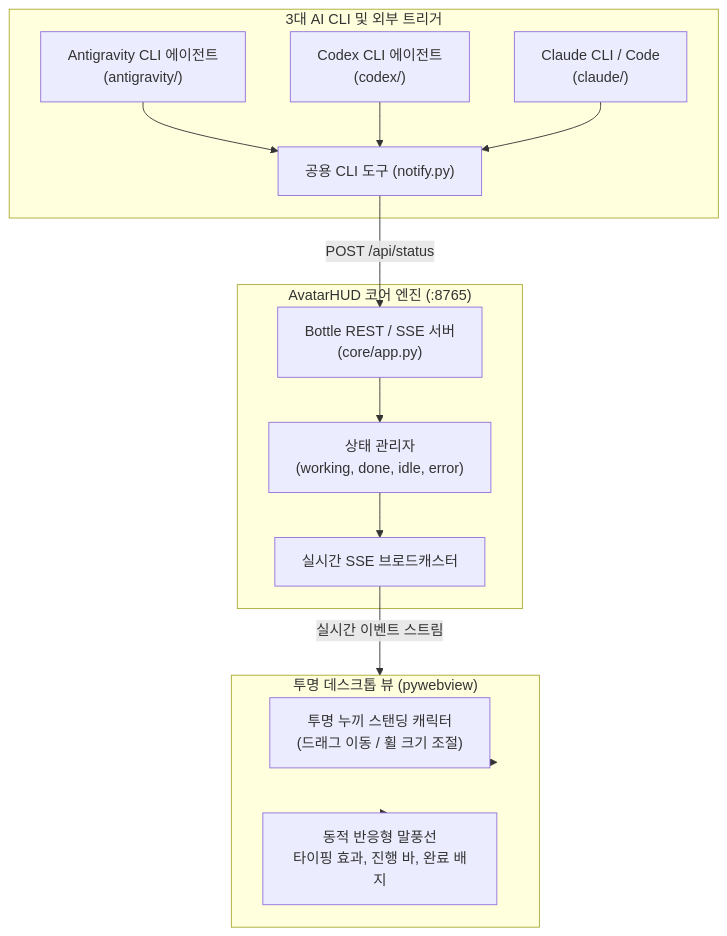
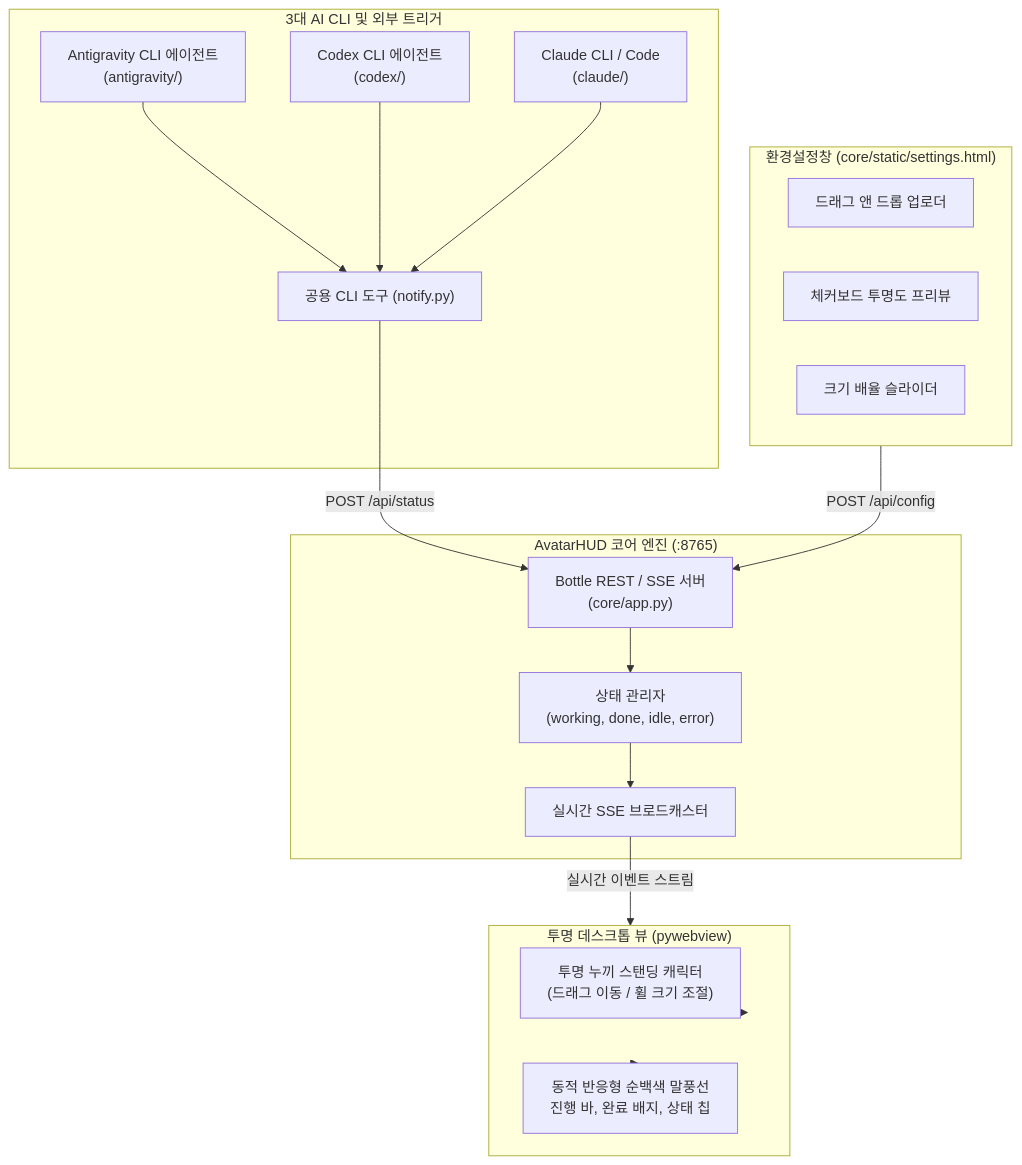
One commit to dotori-007/avatar_hud changed the diagram in README.md. Above: the diagram before and after it, drawn with Mermaid. The commit also changed other lines of this file, not shown here.

Commit message:
Update README with final architecture, clean UI standards, and complete CLI integration guides

````diff
--- a/README.md
+++ b/README.md
@@ -30,30 +38,37 @@
 ```mermaid
 flowchart TD
     subgraph Clients["3대 AI CLI 및 외부 트리거"]
         AG["Antigravity CLI 에이전트<br/>(antigravity/)"]
         CX["Codex CLI 에이전트<br/>(codex/)"]
         CL["Claude CLI / Code<br/>(claude/)"]
         CLI["공용 CLI 도구 (notify.py)"]
     end
 
     subgraph CoreEngine["AvatarHUD 코어 엔진 (:8765)"]
         Server["Bottle REST / SSE 서버<br/>(core/app.py)"]
         State["상태 관리자<br/>(working, done, idle, error)"]
         Stream["실시간 SSE 브로드캐스터"]
     end
 
     subgraph Overlay["투명 데스크톱 뷰 (pywebview)"]
         Standing["투명 누끼 스탠딩 캐릭터<br/>(드래그 이동 / 휠 크기 조절)"]
-        Bubble["동적 반응형 말풍선<br/>타이핑 효과, 진행 바, 완료 배지"]
+        Bubble["동적 반응형 순백색 말풍선<br/>진행 바, 완료 배지, 상태 칩"]
+    end
+
+    subgraph Settings["환경설정창 (core/static/settings.html)"]
+        DropZone["드래그 앤 드롭 업로더"]
+        Checker["체커보드 투명도 프리뷰"]
+        Slider["크기 배율 슬라이더"]
     end
 
     AG --> CLI
     CX --> CLI
     CL --> CLI
     CLI -->|POST /api/status| Server
     Server --> State
     State --> Stream
     Stream -->|실시간 이벤트 스트림| Overlay
     Overlay --> Standing
     Overlay --> Bubble
+    Settings -->|POST /api/config| Server
 ```
````
